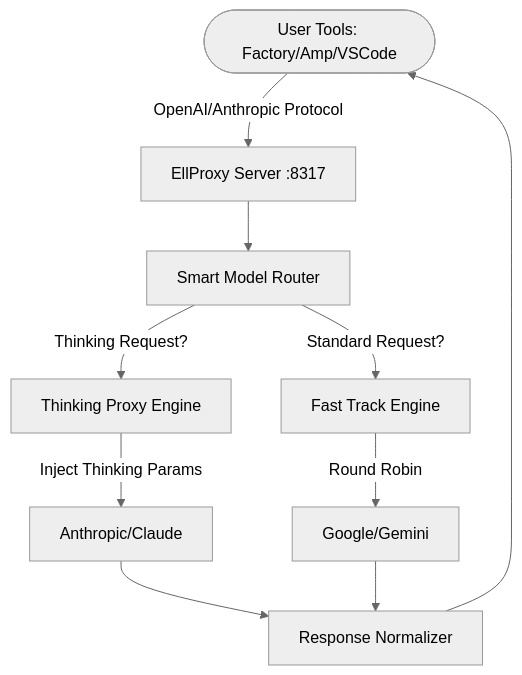
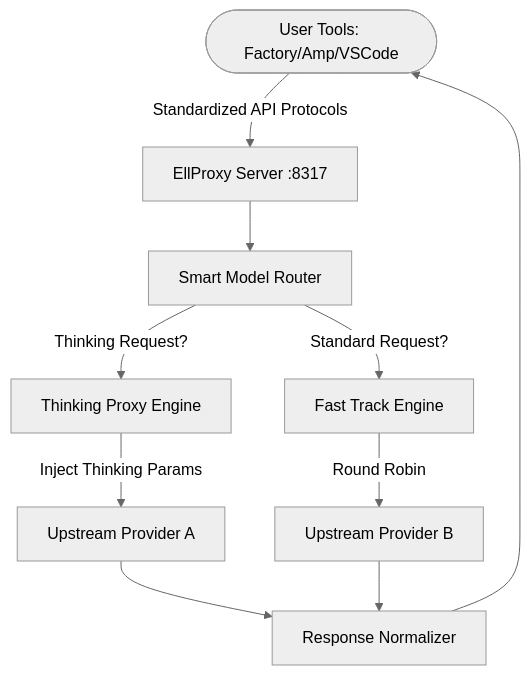
One commit to ellfarnaz/ellproxy changed the diagram in README.md. Above: the diagram before and after it, drawn with Mermaid (neutral theme).

Commit message:
docs: Generalize architecture diagram providers

````diff
--- a/README.md
+++ b/README.md
@@ -94,14 +94,14 @@
 ```mermaid
 graph TD
-    Client([User Tools: Factory/Amp/VSCode]) -->|OpenAI/Anthropic Protocol| Gateway[EllProxy Server :8317]
+    Client([User Tools: Factory/Amp/VSCode]) -->|Standardized API Protocols| Gateway[EllProxy Server :8317]
     Gateway --> Router[Smart Model Router]
     Router -->|Thinking Request?| ThinkingEngine[Thinking Proxy Engine]
     Router -->|Standard Request?| FastTrack[Fast Track Engine]
     
-    ThinkingEngine -->|Inject Thinking Params| ProviderA[Anthropic/Claude]
-    FastTrack -->|Round Robin| ProviderB[Google/Gemini]
+    ThinkingEngine -->|Inject Thinking Params| UpstreamA[Upstream Provider A]
+    FastTrack -->|Round Robin| UpstreamB[Upstream Provider B]
     
-    ProviderA --> ResponseMapper[Response Normalizer]
-    ProviderB --> ResponseMapper
+    UpstreamA --> ResponseMapper[Response Normalizer]
+    UpstreamB --> ResponseMapper
     ResponseMapper --> Client
 ```
````
